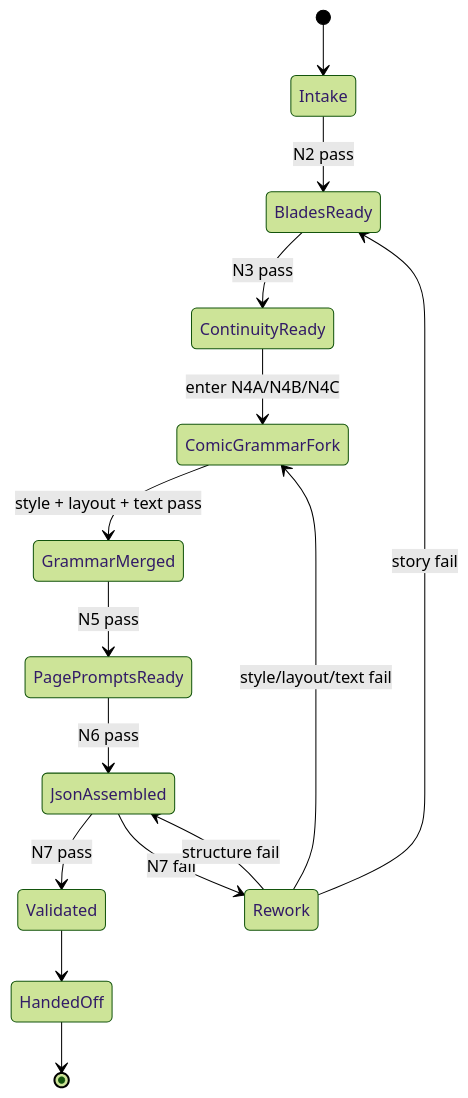
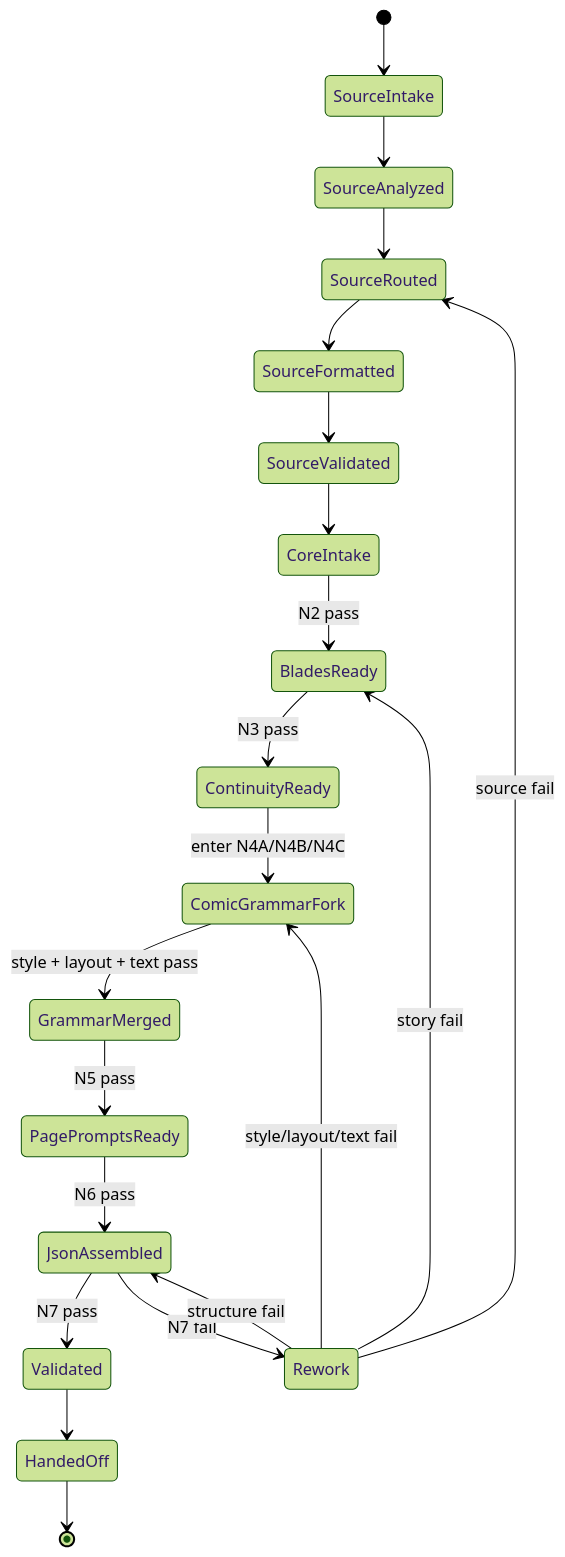
The third of 6 diagrams in .agents/skills/comic/2-九刀流漫画提示词/SKILL.md (ZEN-VOID/AI-CUT), drawn with Mermaid (forest theme) before and after one commit. The commit also changed other lines of this file and 41 other files, not shown here.

````diff
--- a/.agents/skills/comic/2-九刀流漫画提示词/SKILL.md
+++ b/.agents/skills/comic/2-九刀流漫画提示词/SKILL.md
@@ -103,17 +154,23 @@
 ```mermaid
 stateDiagram-v2
-    [*] --> Intake
-    Intake --> BladesReady: N2 pass
+    [*] --> SourceIntake
+    SourceIntake --> SourceAnalyzed
+    SourceAnalyzed --> SourceRouted
+    SourceRouted --> SourceFormatted
+    SourceFormatted --> SourceValidated
+    SourceValidated --> CoreIntake
+    CoreIntake --> BladesReady: N2 pass
     BladesReady --> ContinuityReady: N3 pass
     ContinuityReady --> ComicGrammarFork: enter N4A/N4B/N4C
     ComicGrammarFork --> GrammarMerged: style + layout + text pass
     GrammarMerged --> PagePromptsReady: N5 pass
     PagePromptsReady --> JsonAssembled: N6 pass
     JsonAssembled --> Validated: N7 pass
     JsonAssembled --> Rework: N7 fail
+    Rework --> SourceRouted: source fail
     Rework --> BladesReady: story fail
     Rework --> ComicGrammarFork: style/layout/text fail
     Rework --> JsonAssembled: structure fail
     Validated --> HandedOff
     HandedOff --> [*]
 ```
````
